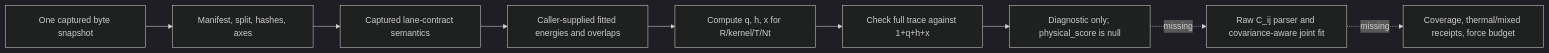
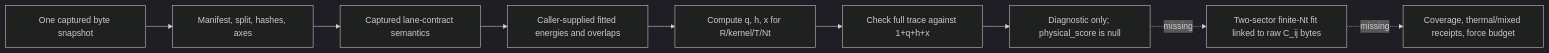
Before and after one commit to DianjunZhao/LatticeArena: the diagram in tasks/wilson_loop/f_lane_transfer_trace_reader_cpu_20261126_v1/README.md, drawn with Mermaid (dark theme). The commit also changed other lines of this file and 2 other files, not shown here.

Commit message:
Clarify Wilson transfer-fit integration boundary

````diff
--- a/tasks/wilson_loop/f_lane_transfer_trace_reader_cpu_20261126_v1/README.md
+++ b/tasks/wilson_loop/f_lane_transfer_trace_reader_cpu_20261126_v1/README.md
@@ -9,11 +9,11 @@
 ```mermaid
 flowchart LR
   S[One captured byte snapshot] --> V[Manifest, split, hashes, axes]
   V --> C[Captured lane-contract semantics]
   C --> F[Caller-supplied fitted energies and overlaps]
   F --> Q[Compute q, h, x for R/kernel/T/Nt]
   Q --> R[Check full trace against 1+q+h+x]
   R --> D[Diagnostic only; physical_score is null]
-  D -. missing .-> U[Raw C_ij parser and covariance-aware joint fit]
+  D -. missing .-> U[Two-sector finite-Nt fit linked to raw C_ij bytes]
   U -. missing .-> B[Coverage, thermal/mixed receipts, force budget]
 ```
````
